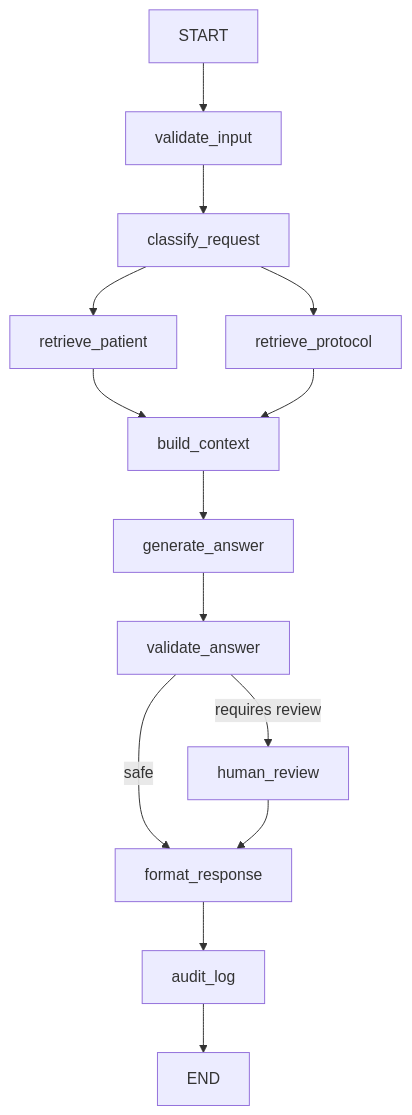
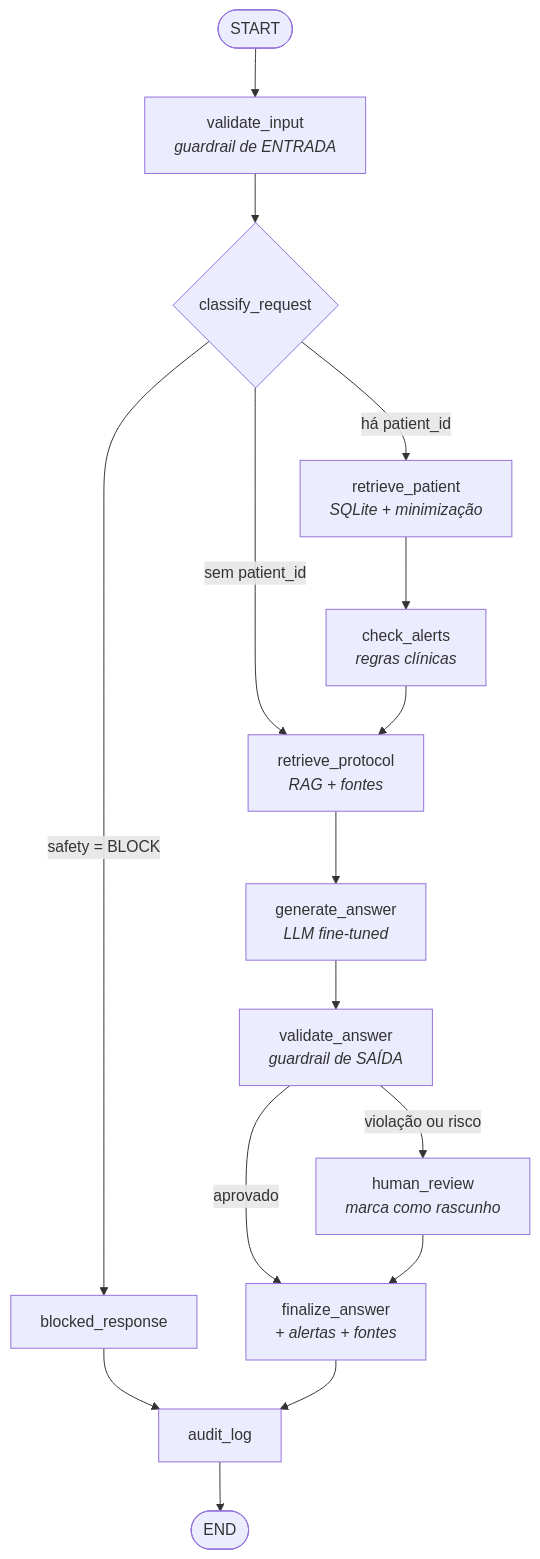
The diagram in docs/ARCHITECTURE.md (NirtonAfonso/tech-challenge-fase3-medflow-ai), drawn with Mermaid before and after one commit. The commit also changed other lines of this file and 10 other files, not shown here.

````diff
--- a/docs/ARCHITECTURE.md
+++ b/docs/ARCHITECTURE.md
@@ -13,16 +26,18 @@
 ```mermaid
 flowchart TD
-    START --> V[validate_input]
-    V --> C[classify_request]
-    C --> P[retrieve_patient]
-    C --> R[retrieve_protocol]
-    P --> G[build_context]
-    R --> G
-    G --> L[generate_answer]
-    L --> S[validate_answer]
-    S -->|safe| O[format_response]
-    S -->|requires review| H[human_review]
-    H --> O
-    O --> A[audit_log]
-    A --> END
+    START([START]) --> V[validate_input<br/><i>guardrail de ENTRADA</i>]
+    V --> C{classify_request}
+    C -->|safety = BLOCK| B[blocked_response]
+    C -->|há patient_id| P[retrieve_patient<br/><i>SQLite + minimização</i>]
+    C -->|sem patient_id| R[retrieve_protocol<br/><i>RAG + fontes</i>]
+    P --> A[check_alerts<br/><i>regras clínicas</i>]
+    A --> R
+    R --> G[generate_answer<br/><i>LLM fine-tuned</i>]
+    G --> VA[validate_answer<br/><i>guardrail de SAÍDA</i>]
+    VA -->|aprovado| F[finalize_answer<br/><i>+ alertas + fontes</i>]
+    VA -->|violação ou risco| H[human_review<br/><i>marca como rascunho</i>]
+    H --> F
+    B --> L[audit_log]
+    F --> L
+    L --> E([END])
 ```
````
